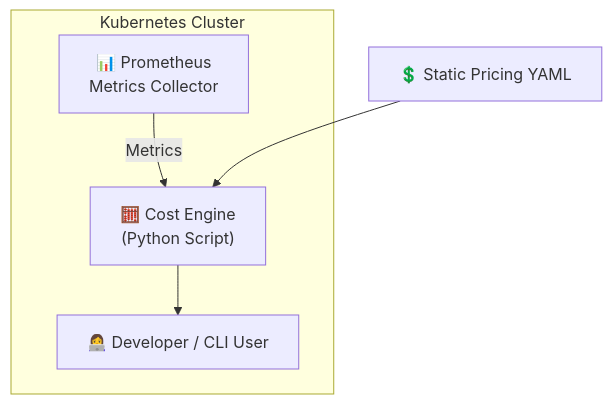
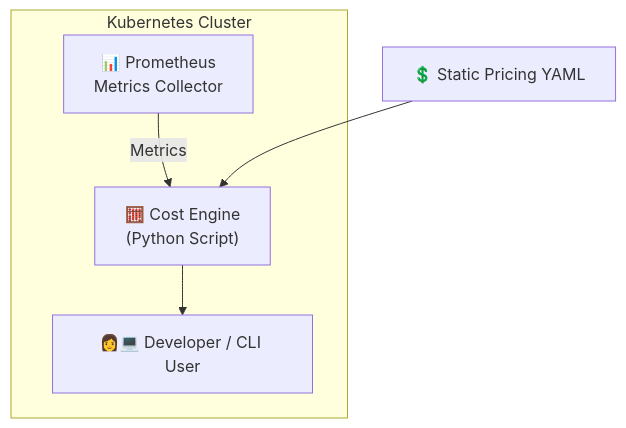
Before and after one commit to egkristi/k8s-cost: the first of 2 diagrams in README.md, drawn with Mermaid. The commit also changed other lines of this file, not shown here.

````diff
--- a/README.md
+++ b/README.md
@@ -33,14 +37,14 @@
 ```mermaid
 flowchart TD
     subgraph Kubernetes Cluster
         Prometheus["📊 Prometheus<br>Metrics Collector"]
         PythonEngine["🧮 Cost Engine<br>(Python Script)"]
-        Dev["👩‍💻 Developer / CLI User"]
+        Dev["👩💻 Developer / CLI User"]
     end
 
     Pricing["💲 Static Pricing YAML"]
 
     Prometheus -->|Metrics| PythonEngine
     Pricing --> PythonEngine
     PythonEngine --> Dev
 ```
````
